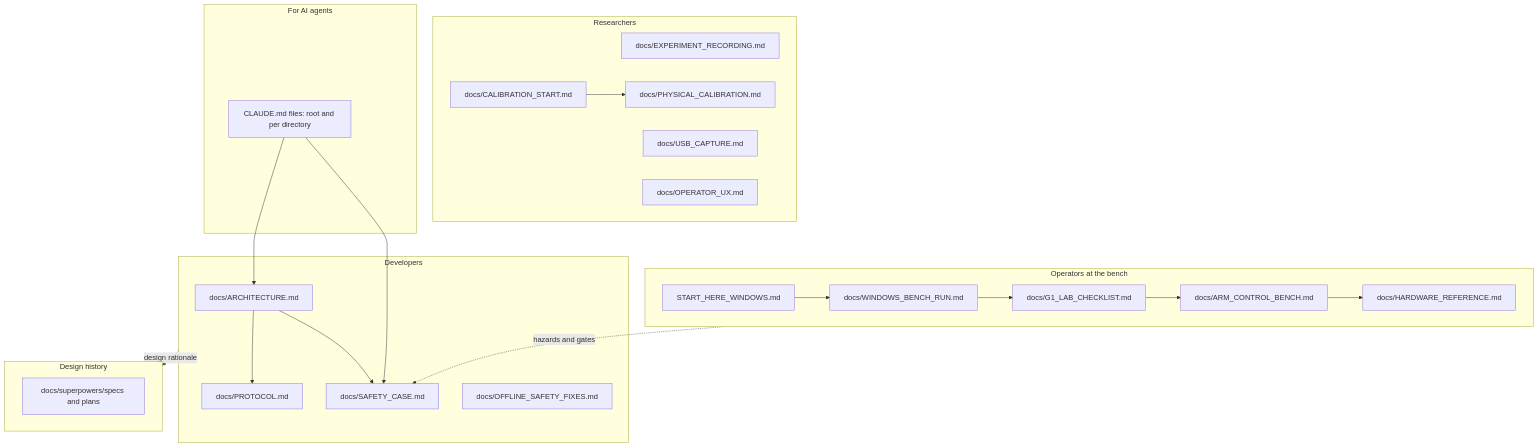
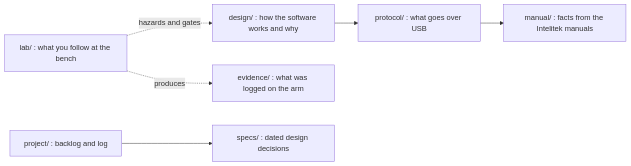
One commit to Sebastianr8243/scorbot-er4u-python changed the diagram in docs/README.md. Above: the diagram before and after it, drawn with Mermaid. The commit also changed other lines of this file and 110 other files, not shown here.

````diff
--- a/docs/README.md
+++ b/docs/README.md
@@ -7,35 +5,15 @@
 ```mermaid
-flowchart TD
-    subgraph OP["Operators at the bench"]
-        W["START_HERE_WINDOWS.md"] --> R["docs/WINDOWS_BENCH_RUN.md"]
-        R --> C["docs/G1_LAB_CHECKLIST.md"]
-        C --> B["docs/ARM_CONTROL_BENCH.md"]
-        B --> H["docs/HARDWARE_REFERENCE.md"]
-    end
-    subgraph DEV["Developers"]
-        A["docs/ARCHITECTURE.md"]
-        P["docs/PROTOCOL.md"]
-        S["docs/SAFETY_CASE.md"]
-        O["docs/OFFLINE_SAFETY_FIXES.md"]
-        A --> P
-        A --> S
-    end
-    subgraph RES["Researchers"]
-        E["docs/EXPERIMENT_RECORDING.md"]
-        U["docs/USB_CAPTURE.md"]
-        K["docs/PHYSICAL_CALIBRATION.md"]
-        K0["docs/CALIBRATION_START.md"]
-        X["docs/OPERATOR_UX.md"]
-        K0 --> K
-    end
-    subgraph HIST["Design history"]
-        D["docs/superpowers/specs and plans"]
-    end
-    subgraph AI["For AI agents"]
-        G["CLAUDE.md files: root and per directory"]
-    end
-    OP -. "hazards and gates" .-> S
-    DEV -. "design rationale" .-> HIST
-    G --> A
-    G --> S
+flowchart LR
+    L["lab/ : what you follow at the bench"]
+    D["design/ : how the software works and why"]
+    P["protocol/ : what goes over USB"]
+    M["manual/ : facts from the Intelitek manuals"]
+    J["project/ : backlog and log"]
+    S["specs/ : dated design decisions"]
+    E["evidence/ : what was logged on the arm"]
+    L -. "hazards and gates" .-> D
+    D --> P
+    P --> M
+    J --> S
+    L -. "produces" .-> E
 ```
````
